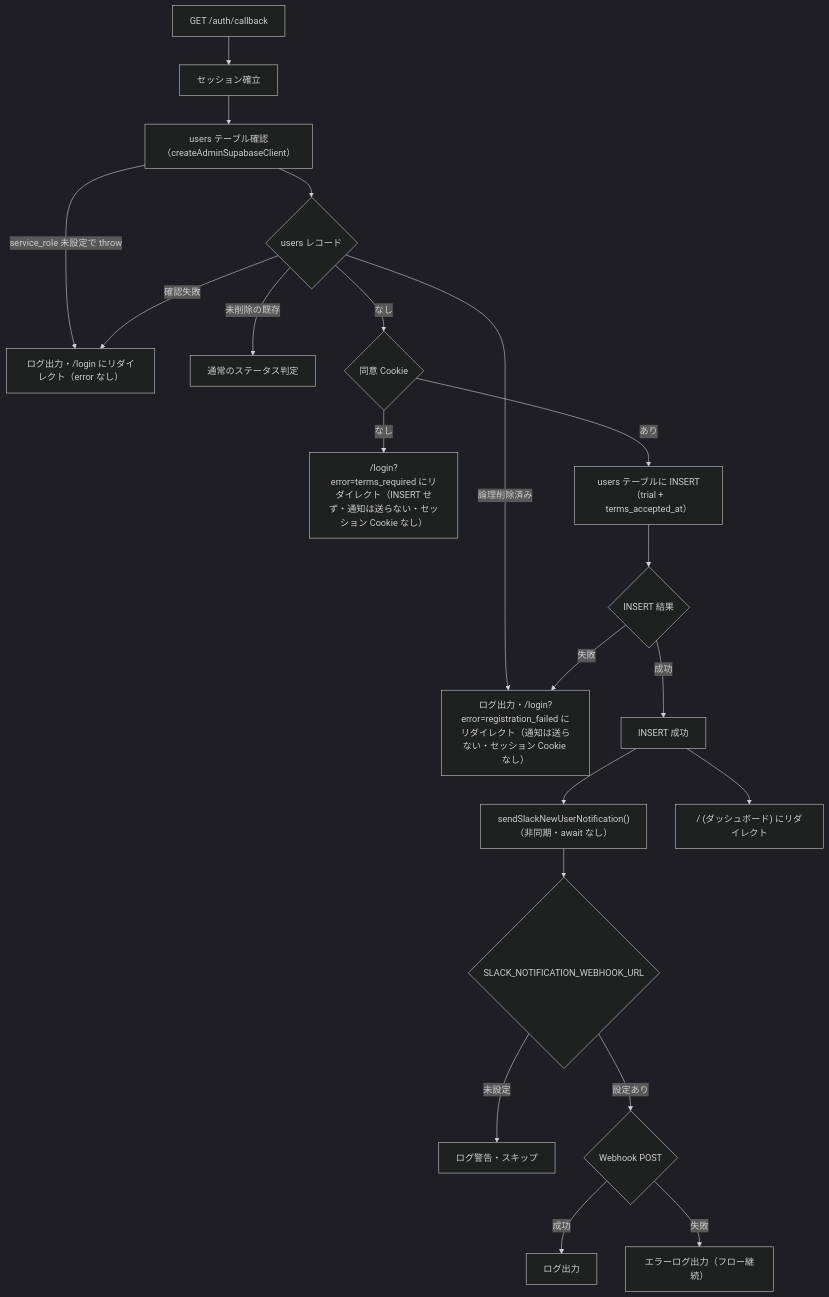
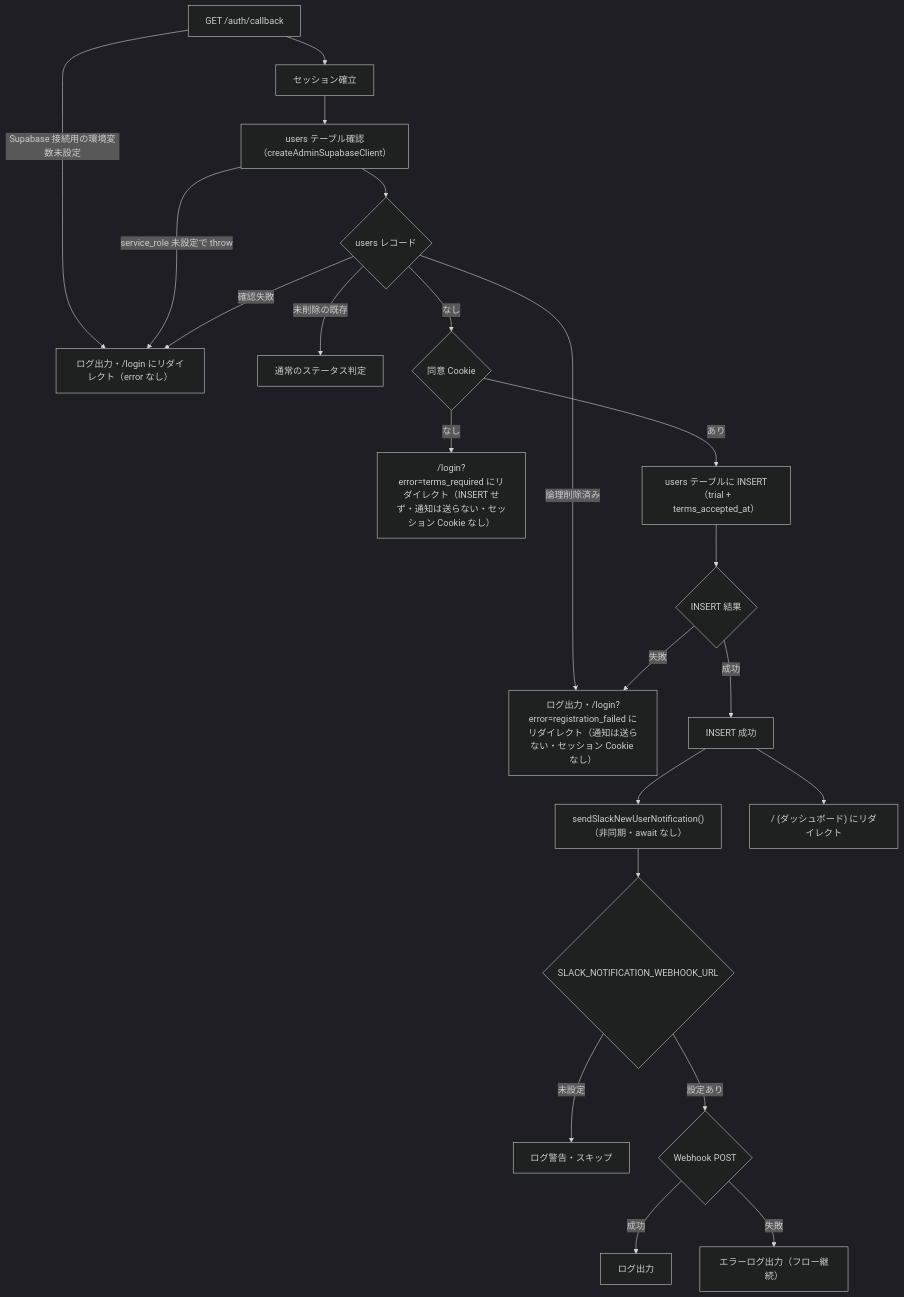
One commit to Singuralitylabs/sinlab-study changed the sixth of 7 diagrams in docs/specification.md. Above: the diagram before and after it, drawn with Mermaid (dark theme). The commit also changed other lines of this file and 2 other files, not shown here.

First line of the commit message:
fix: auth/callback で Supabase 公開環境変数の欠落時も /login へフェイルクローズする (#258)

````diff
--- a/docs/specification.md
+++ b/docs/specification.md
@@ -1092,23 +1093,24 @@
 ```mermaid
 flowchart TD
     A["GET /auth/callback"] --> B["セッション確立"]
+    A -->|Supabase 接続用の環境変数未設定| L
     B --> B2["users テーブル確認<br/>（createAdminSupabaseClient）"]
     B2 --> C{users レコード}
     B2 -->|service_role 未設定で throw| L
     C -->|確認失敗| L["ログ出力・/login にリダイレクト（error なし）"]
     C -->|未削除の既存| Z[通常のステータス判定]
     C -->|論理削除済み| Q["ログ出力・/login?error=registration_failed にリダイレクト（通知は送らない・セッション Cookie なし）"]
     C -->|なし| T{同意 Cookie}
     T -->|なし| W["/login?error=terms_required にリダイレクト（INSERT せず・通知は送らない・セッション Cookie なし）"]
     T -->|あり| D["users テーブルに INSERT（trial + terms_accepted_at）"]
     D --> E{INSERT 結果}
     E -->|成功| S[INSERT 成功]
     S --> F["sendSlackNewUserNotification()<br/>（非同期・await なし）"]
     S --> P["/ (ダッシュボード) にリダイレクト"]
     F --> G1{SLACK_NOTIFICATION_WEBHOOK_URL}
     G1 -->|未設定| H1[ログ警告・スキップ]
     G1 -->|設定あり| H2{Webhook POST}
     H2 -->|成功| I1[ログ出力]
     H2 -->|失敗| I2["エラーログ出力（フロー継続）"]
     E -->|失敗| Q
 ```
````
